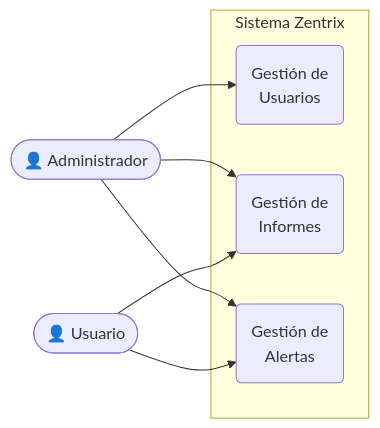
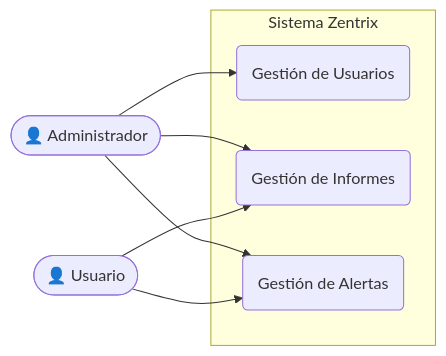
One commit to danielalvarezm527/Zentrix changed the diagram in docs/07-modelo-contexto-sistema.md. Above: the diagram before and after it, drawn with Mermaid. The commit also changed 2 other files, not shown here.

````diff
--- a/docs/07-modelo-contexto-sistema.md
+++ b/docs/07-modelo-contexto-sistema.md
@@ -3,18 +3,18 @@
 ```mermaid
 graph LR
     Admin(["👤 Administrador"])
     User(["👤 Usuario"])
 
     subgraph Zentrix["  Sistema Zentrix  "]
-        GU("Gestión de\nUsuarios")
-        GI("Gestión de\nInformes")
-        GA("Gestión de\nAlertas")
+        GU("Gestión de Usuarios")
+        GI("Gestión de Informes")
+        GA("Gestión de Alertas")
     end
 
     Admin --> GU
     Admin --> GI
     Admin --> GA
 
     User --> GI
     User --> GA
 ```
````
